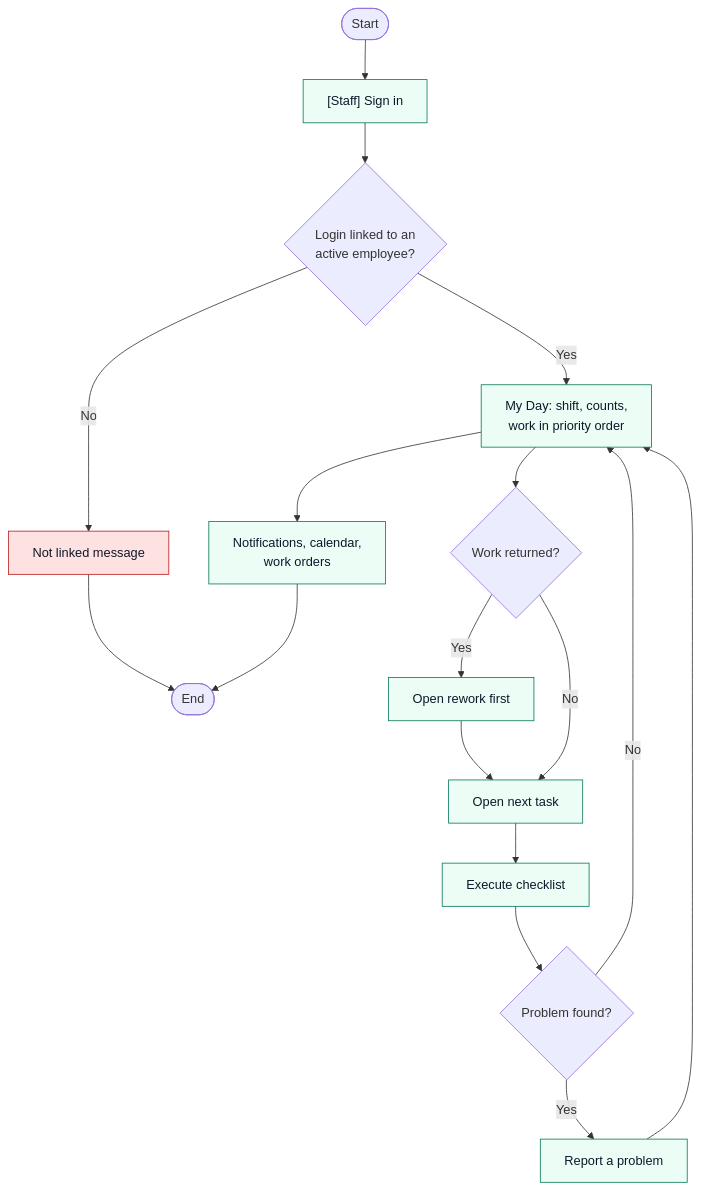
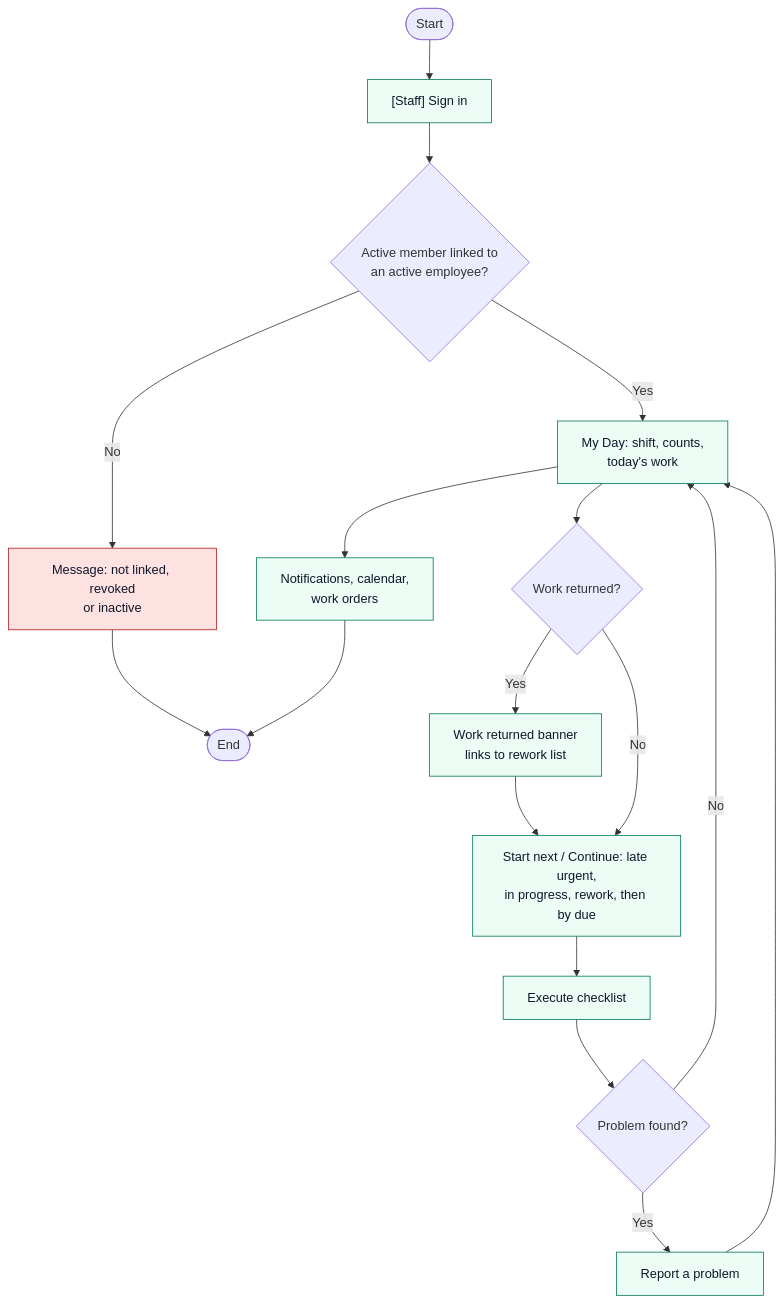
The diagram in docs/help/diagrams/wf-36.mmd (tsforcetech/FMS), drawn with Mermaid before and after one commit. The commit also changed 79 other files, not shown here.

First line of the commit message:
Phase 9: workflow diagrams verified against the code (37 corrected)

```diff
--- a/docs/help/diagrams/wf-36.mmd
+++ b/docs/help/diagrams/wf-36.mmd
@@ -1,22 +1,22 @@
 %% title: Staff My Day workflow
 %% articles: staff.my-day,staff.sign-in,train.first-task
-%% sources: apps/staff-web/src/screens/MyDay.tsx,apps/staff-web/src/App.tsx
+%% sources: apps/staff-web/src/screens/MyDay.tsx,apps/staff-web/src/screens/common.tsx,apps/staff-web/src/App.tsx,apps/admin-web/src/management/staffStore.ts
 flowchart TD
   S([Start]) --> A["[Staff] Sign in"]:::staff
-  A --> B{"Login linked to an<br/>active employee?"}
-  B -- No --> E1["Not linked message"]:::stop --> X([End])
-  B -- Yes --> C["My Day: shift, counts,<br/>work in priority order"]:::staff
+  A --> B{"Active member linked to<br/>an active employee?"}
+  B -- No --> E1["Message: not linked, revoked<br/>or inactive"]:::stop --> X([End])
+  B -- Yes --> C["My Day: shift, counts,<br/>today's work"]:::staff
   C --> D{"Work returned?"}
-  D -- Yes --> E["Open rework first"]:::staff --> F
-  D -- No --> F["Open next task"]:::staff
+  D -- Yes --> E["Work returned banner<br/>links to rework list"]:::staff --> F
+  D -- No --> F["Start next / Continue: late urgent,<br/>in progress, rework, then by due"]:::staff
   F --> G["Execute checklist"]:::staff
   G --> H{"Problem found?"}
   H -- Yes --> I["Report a problem"]:::staff --> C
   H -- No --> C
   C --> J["Notifications, calendar,<br/>work orders"]:::staff --> X
   classDef admin fill:#e8f0fe,stroke:#1d4ed8,color:#0f172a
   classDef staff fill:#ecfdf5,stroke:#047857,color:#0f172a
   classDef customer fill:#fdf4ff,stroke:#a21caf,color:#0f172a
   classDef platform fill:#fff7ed,stroke:#c2410c,color:#0f172a
   classDef system fill:#f1f5f9,stroke:#475569,color:#0f172a
   classDef stop fill:#fee2e2,stroke:#b91c1c,color:#0f172a
```
